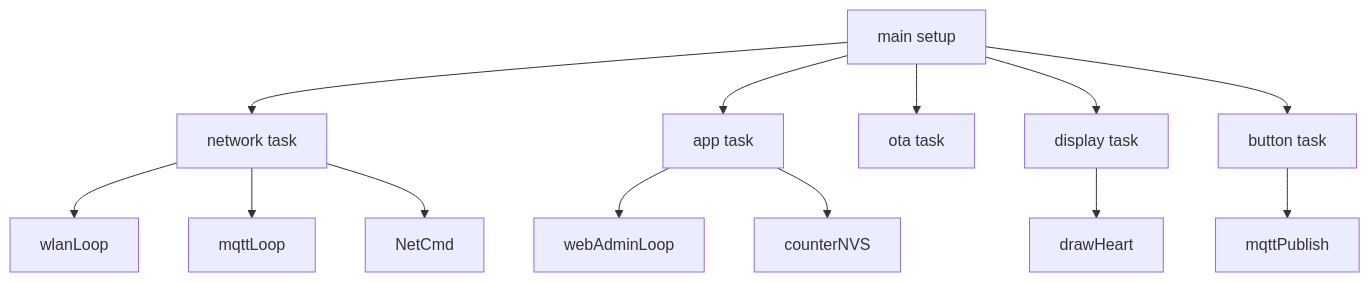
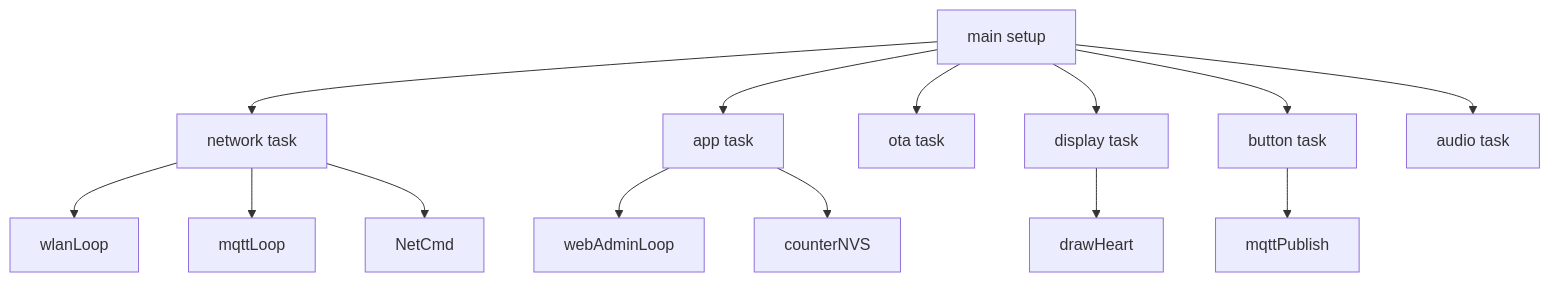
The first of 3 diagrams in docs/ARCHITECTURE.md (EyJunge1/chaya2mqtt), drawn with Mermaid before and after one commit. The commit also changed other lines of this file and 62 other files, not shown here.

````diff
--- a/docs/ARCHITECTURE.md
+++ b/docs/ARCHITECTURE.md
@@ -7,25 +7,27 @@
 ```mermaid
 flowchart TB
     setup[main setup]
     net[network task]
     app[app task]
     ota[ota task]
     disp[display task]
     btn[button task]
+    aud[audio task]
 
     setup --> net
     setup --> app
     setup --> ota
     setup --> disp
     setup --> btn
+    setup --> aud
 
     net --> wlanLoop
     net --> mqttLoop
     net --> NetCmd
 
     app --> webAdminLoop
     app --> counterNVS
 
     btn --> mqttPublish
     disp --> drawHeart
 ```
````
